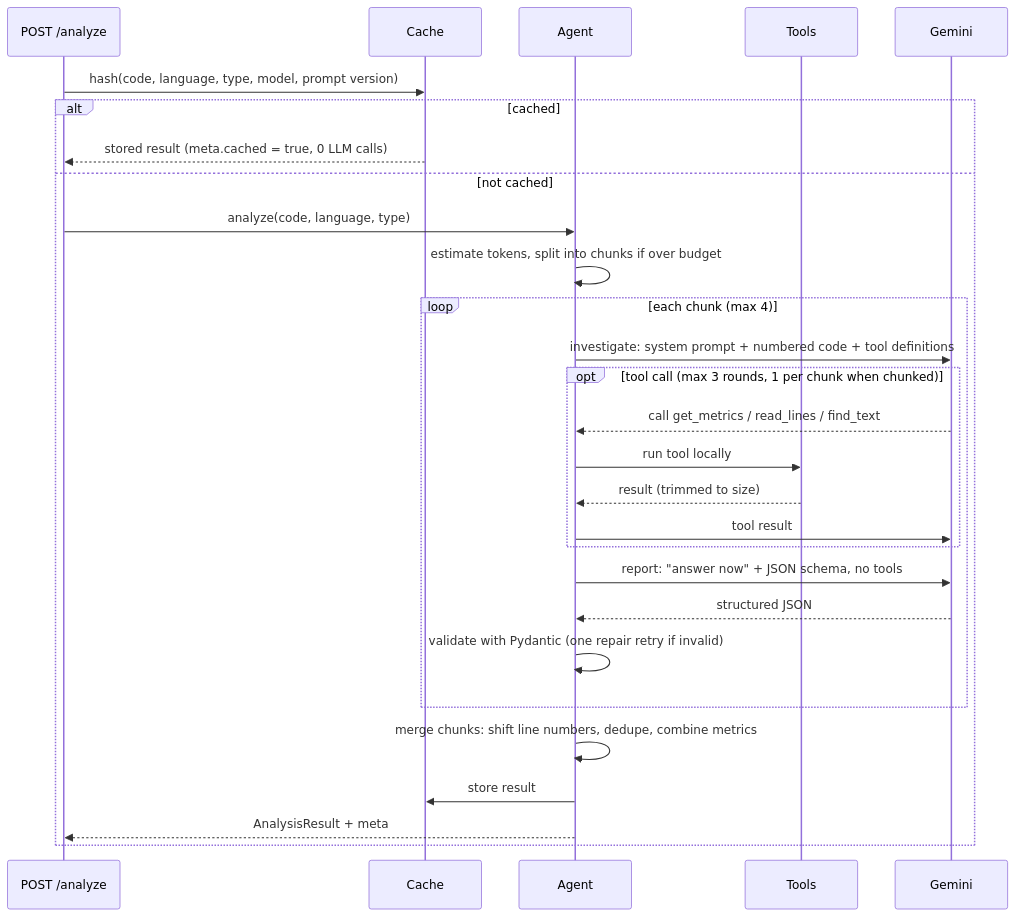
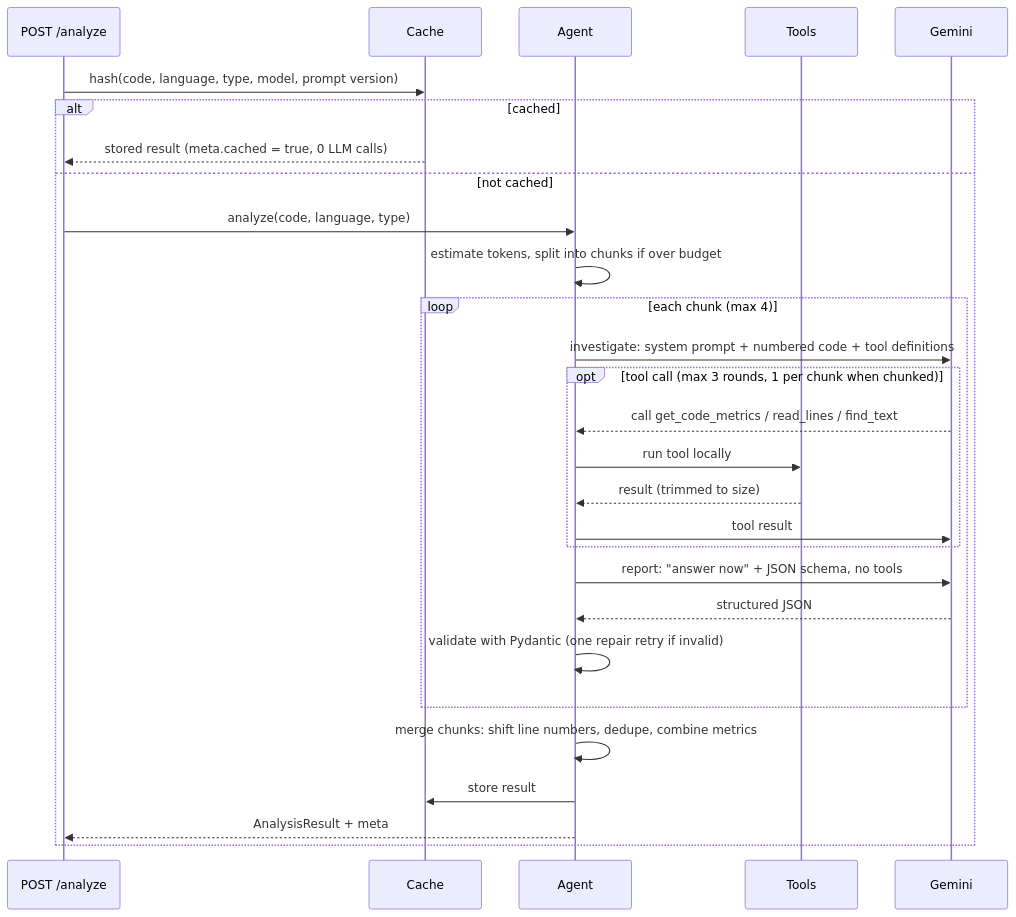
One commit to RodrigoDamasio/TA_Module2 changed the second of 2 diagrams in Lab_module2/PLAN.md. Above: the diagram before and after it, drawn with Mermaid. The commit also changed other lines of this file and 2 other files, not shown here.

````diff
--- a/Lab_module2/PLAN.md
+++ b/Lab_module2/PLAN.md
@@ -58,31 +58,31 @@
 ```mermaid
 sequenceDiagram
     participant API as POST /analyze
     participant C as Cache
     participant A as Agent
     participant T as Tools
     participant G as Gemini
 
     API->>C: hash(code, language, type, model, prompt version)
     alt cached
         C-->>API: stored result (meta.cached = true, 0 LLM calls)
     else not cached
         API->>A: analyze(code, language, type)
         A->>A: estimate tokens, split into chunks if over budget
         loop each chunk (max 4)
             A->>G: investigate: system prompt + numbered code + tool definitions
             opt tool call (max 3 rounds, 1 per chunk when chunked)
-                G-->>A: call get_metrics / read_lines / find_text
+                G-->>A: call get_code_metrics / read_lines / find_text
                 A->>T: run tool locally
                 T-->>A: result (trimmed to size)
                 A->>G: tool result
             end
             A->>G: report: "answer now" + JSON schema, no tools
             G-->>A: structured JSON
             A->>A: validate with Pydantic (one repair retry if invalid)
         end
         A->>A: merge chunks: shift line numbers, dedupe, combine metrics
         A->>C: store result
         A-->>API: AnalysisResult + meta
     end
 ```
````
